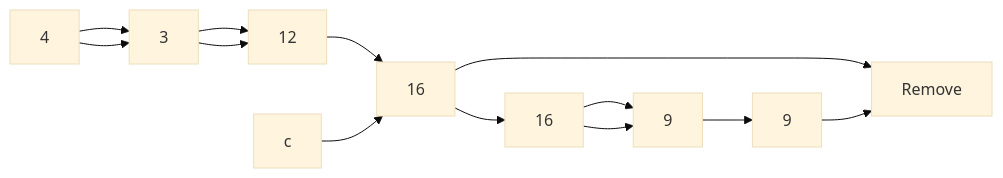
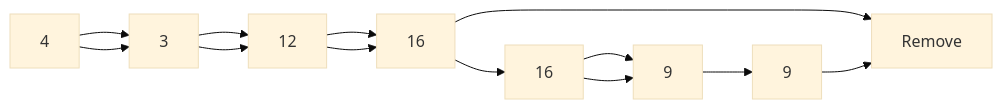
Before and after one commit to Jeffrey-S-Smith/reading-notes-401: the second of 5 diagrams in remove-duplicates-from-a-linked-list.md, drawn with Mermaid (base theme).

````diff
--- a/remove-duplicates-from-a-linked-list.md
+++ b/remove-duplicates-from-a-linked-list.md
@@ -31,14 +31,14 @@
 ```mermaid
     graph LR
     A[4] --> B[3]
     B --> C[12]
     C --> D[3] --> Remove
     D --> E[16]
     E --> F[9]
     F --> G[9] --> Remove
 
      A[4] --> B[3]
       B --> C[12]
-      c --> D[16]
+      C --> D[16]
       E --> F[9]
 ```
````
